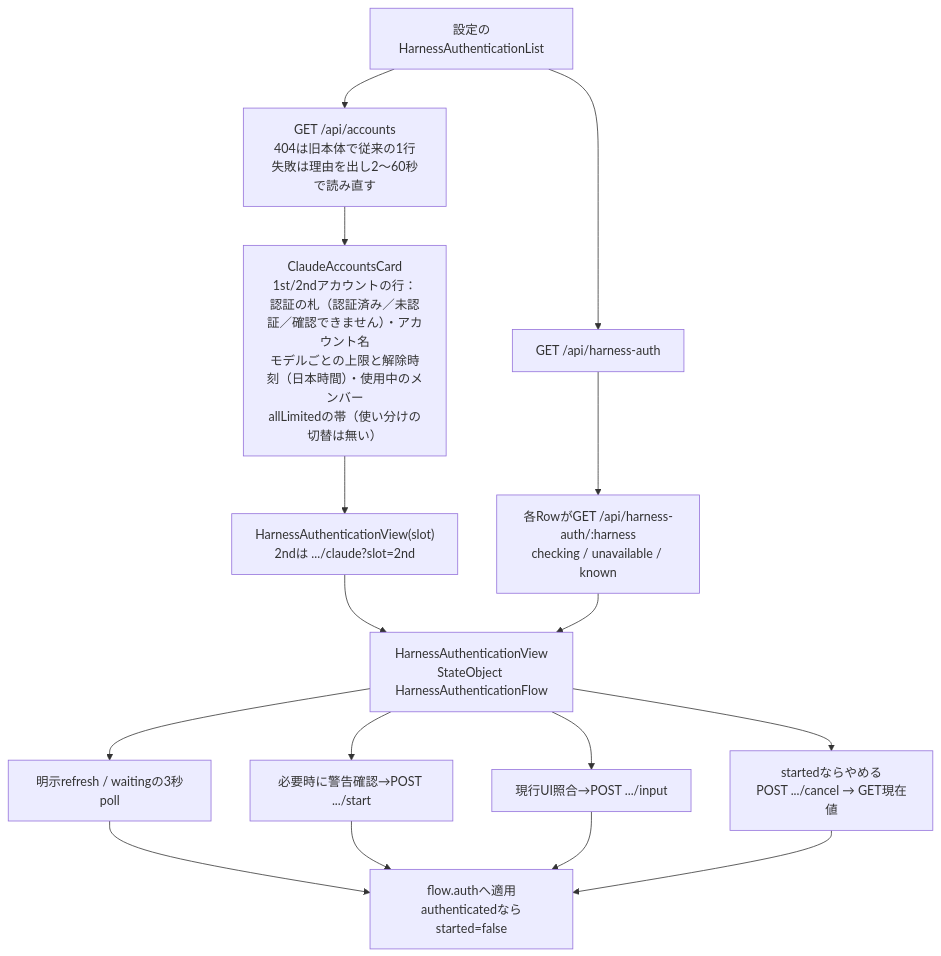
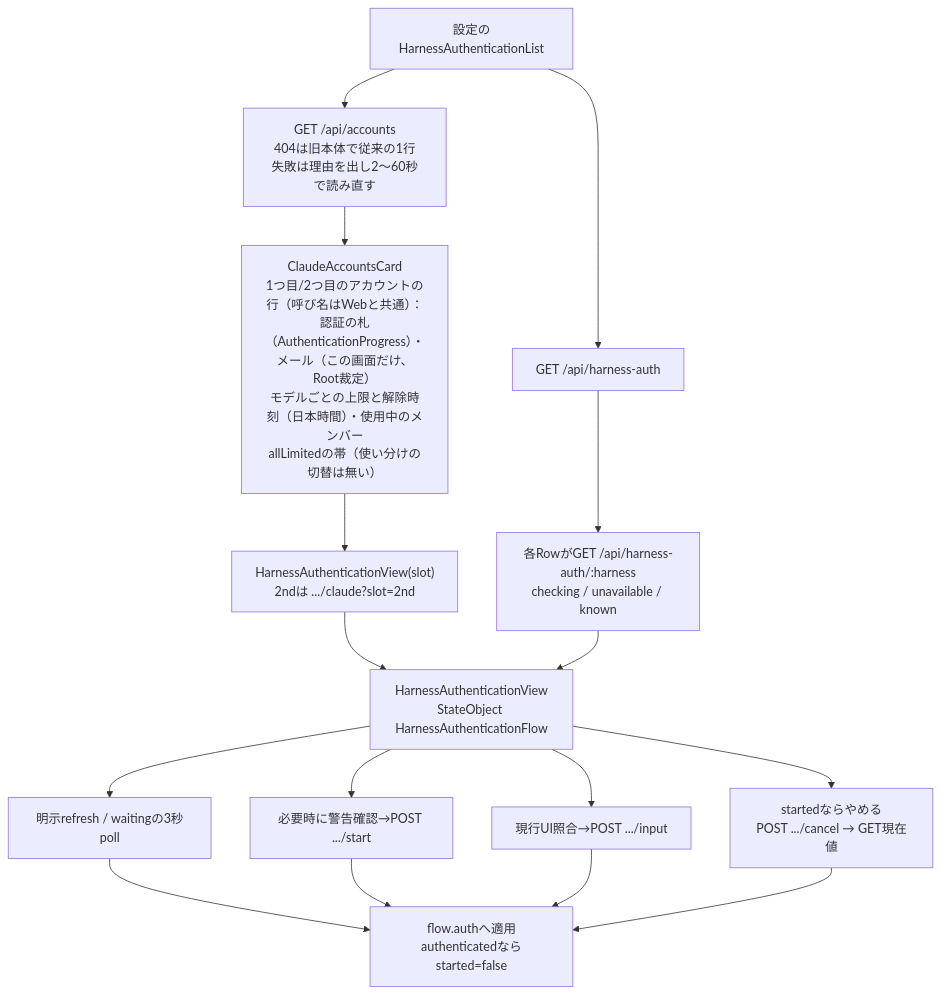
Before and after one commit to kitepon/BellTeam: the fourth of 5 diagrams in docs/architecture/modules/apple/requests-and-auth.md, drawn with Mermaid. The commit also changed other lines of this file and 8 other files, not shown here.

````diff
--- a/docs/architecture/modules/apple/requests-and-auth.md
+++ b/docs/architecture/modules/apple/requests-and-auth.md
@@ -99,18 +99,18 @@
 ```mermaid
 flowchart TD
   Settings["設定のHarnessAuthenticationList"] --> List["GET /api/harness-auth"]
   Settings --> Accounts["GET /api/accounts<br/>404は旧本体で従来の1行<br/>失敗は理由を出し2〜60秒で読み直す"]
   List --> Row["各RowがGET /api/harness-auth/:harness<br/>checking / unavailable / known"]
-  Accounts --> Claude["ClaudeAccountsCard<br/>1st/2ndアカウントの行：認証の札（認証済み／未認証／確認できません）・アカウント名<br/>モデルごとの上限と解除時刻（日本時間）・使用中のメンバー<br/>allLimitedの帯（使い分けの切替は無い）"]
+  Accounts --> Claude["ClaudeAccountsCard<br/>1つ目/2つ目のアカウントの行（呼び名はWebと共通）：認証の札（AuthenticationProgress）・メール（この画面だけ、Root裁定）<br/>モデルごとの上限と解除時刻（日本時間）・使用中のメンバー<br/>allLimitedの帯（使い分けの切替は無い）"]
   Claude --> SlotView["HarnessAuthenticationView(slot)<br/>2ndは .../claude?slot=2nd"]
   SlotView --> View
   Row --> View["HarnessAuthenticationView<br/>StateObject HarnessAuthenticationFlow"]
   View --> Read["明示refresh / waitingの3秒poll"]
   View --> Start["必要時に警告確認→POST .../start"]
   View --> Respond["現行UI照合→POST .../input"]
   View --> Cancel["startedならやめる<br/>POST .../cancel → GET現在値"]
   Read --> Auth["flow.authへ適用<br/>authenticatedならstarted=false"]
   Start --> Auth
   Respond --> Auth
   Cancel --> Auth
 ```
````
